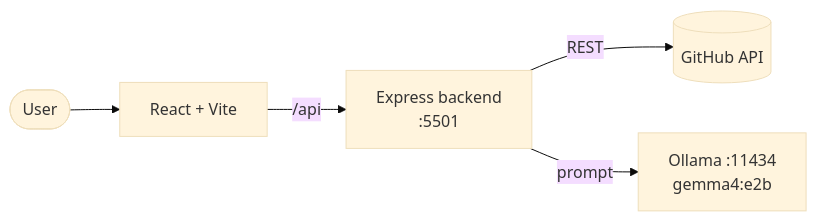
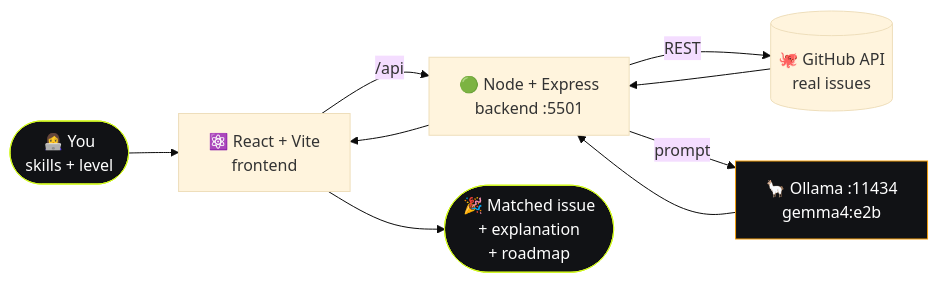
One commit to aayushi2882/openpath changed the diagram in README.md. Above: the diagram before and after it, drawn with Mermaid (base theme). The commit also changed other lines of this file and 4 other files, not shown here.

````diff
--- a/README.md
+++ b/README.md
@@ -52,7 +105,15 @@
 ```mermaid
 flowchart LR
-    U([User]) --> F[React + Vite]
-    F -->|/api| B[Express backend<br/>:5501]
-    B -->|REST| G[(GitHub API)]
-    B -->|prompt| O[Ollama :11434<br/>gemma4:e2b]
+    A([👩‍💻 You<br/>skills + level]) --> B[⚛️ React + Vite<br/>frontend]
+    B -->|/api| C[🟢 Node + Express<br/>backend :5501]
+    C -->|REST| D[(🐙 GitHub API<br/>real issues)]
+    C -->|prompt| E[🦙 Ollama :11434<br/>gemma4:e2b]
+    D --> C
+    E --> C
+    C --> B
+    B --> F([🎉 Matched issue<br/>+ explanation<br/>+ roadmap])
+
+    style A fill:#111215,stroke:#D2F824,color:#fff
+    style F fill:#111215,stroke:#D2F824,color:#fff
+    style E fill:#111215,stroke:#F59E0B,color:#fff
 ```
````
